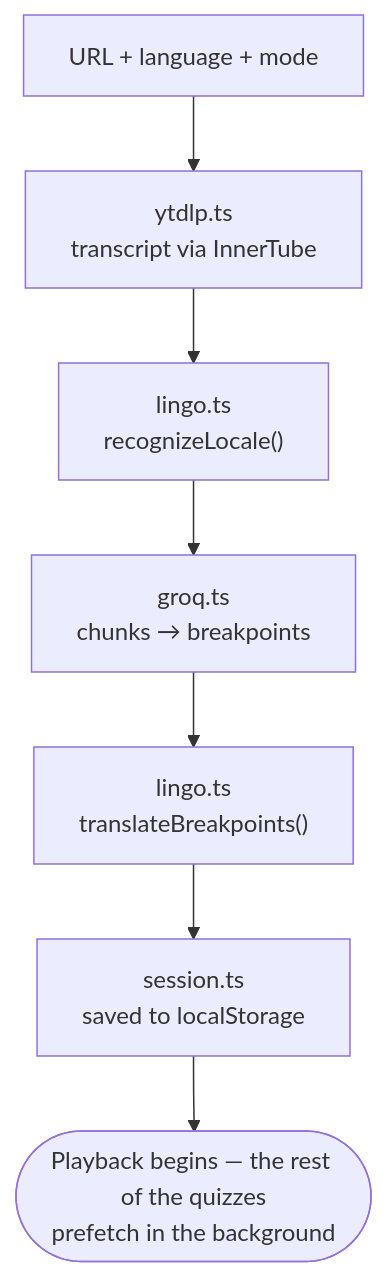
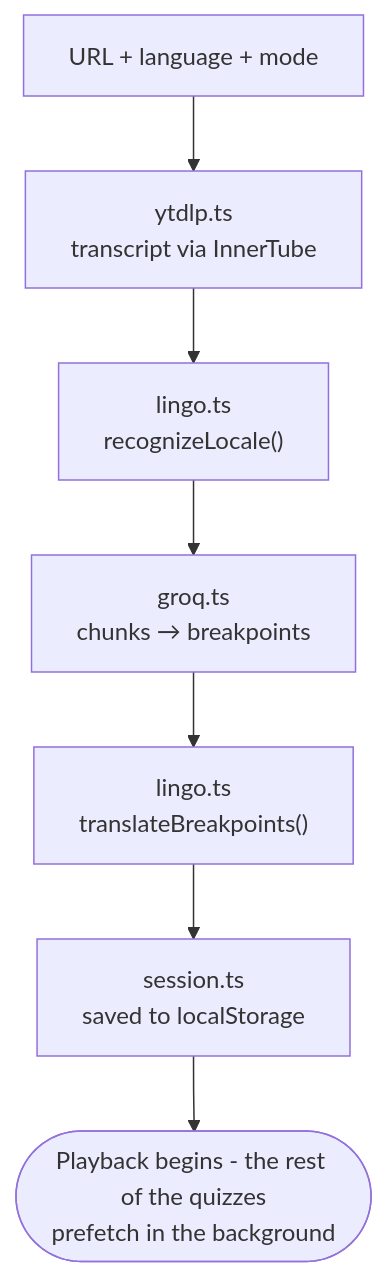
One commit to Prateek1771/Prateek_Portfolio changed the second of 2 diagrams in content/lingolearn-distraction-proof-learning.mdx. Above: the diagram before and after it, drawn with Mermaid. The commit also changed other lines of this file and 39 other files, not shown here.

````diff
--- a/content/lingolearn-distraction-proof-learning.mdx
+++ b/content/lingolearn-distraction-proof-learning.mdx
@@ -202,9 +202,9 @@
 ```mermaid
 flowchart TD
   A["URL + language + mode"] --> B["ytdlp.ts<br/>transcript via InnerTube"]
   B --> C["lingo.ts<br/>recognizeLocale()"]
   C --> D["groq.ts<br/>chunks → breakpoints"]
   D --> E["lingo.ts<br/>translateBreakpoints()"]
   E --> F["session.ts<br/>saved to localStorage"]
-  F --> G(["Playback begins — the rest of the quizzes<br/>prefetch in the background"])
+  F --> G(["Playback begins - the rest of the quizzes<br/>prefetch in the background"])
 ```
````
